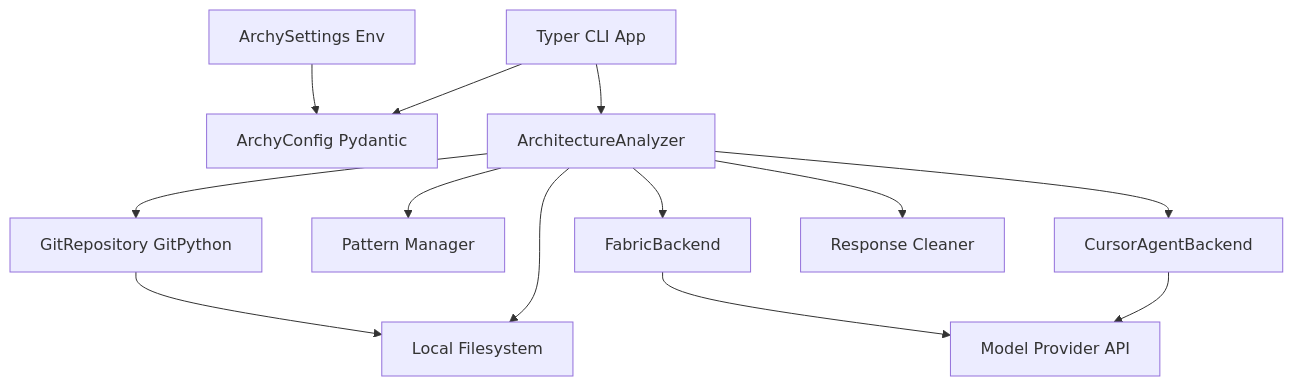
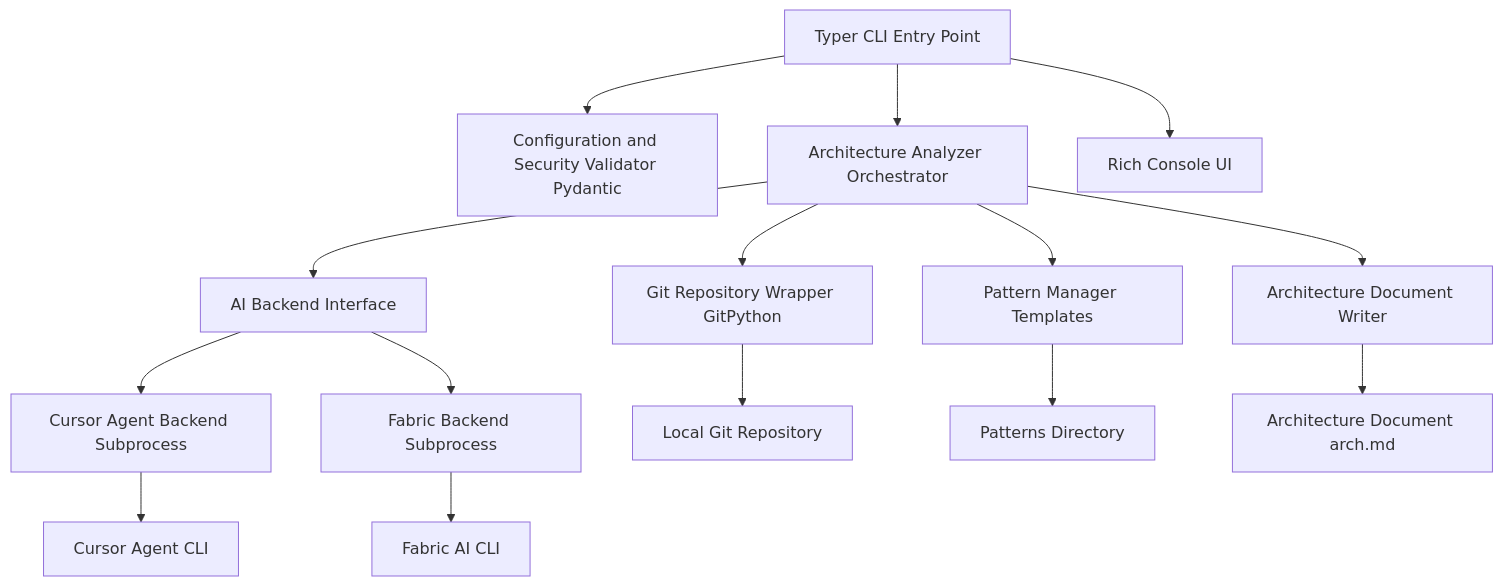
One commit to obzenner/archy changed the second of 3 diagrams in ARCHY.md. Above: the diagram before and after it, drawn with Mermaid. The commit also changed other lines of this file and 3 other files, not shown here.

````diff
--- a/ARCHY.md
+++ b/ARCHY.md
@@ -79,27 +85,36 @@
 ```mermaid
 flowchart TB
-    ArchyCLI[Typer CLI App]
-    ArchyConfig[ArchyConfig Pydantic]
-    ArchySettings[ArchySettings Env]
-    ArchitectureAnalyzer[ArchitectureAnalyzer]
-    GitRepository[GitRepository GitPython]
-    PatternManager[Pattern Manager]
-    CursorAgentBackend[CursorAgentBackend]
-    FabricBackend[FabricBackend]
-    CleanResponse[Response Cleaner]
-    FileSystem[Local Filesystem]
-    ModelProviderAPI[Model Provider API]
+    TyperApp[Typer CLI Entry Point]
+    ConfigValidator[Configuration and Security Validator Pydantic]
+    ArchitectureAnalyzer[Architecture Analyzer Orchestrator]
+    GitRepositoryModule[Git Repository Wrapper GitPython]
+    PatternManager[Pattern Manager Templates]
+    AIBackendsBase[AI Backend Interface]
+    CursorAgentBackend[Cursor Agent Backend Subprocess]
+    FabricBackend[Fabric Backend Subprocess]
+    DocumentWriter[Architecture Document Writer]
+    RichConsole[Rich Console UI]
+    LocalGitRepository[Local Git Repository]
+    CursorAgentCLI[Cursor Agent CLI]
+    FabricAI[Fabric AI CLI]
+    PatternsDirectory[Patterns Directory]
+    ArchitectureFile[Architecture Document arch.md]
 
-    ArchyCLI --> ArchyConfig
-    ArchySettings --> ArchyConfig
-    ArchyCLI --> ArchitectureAnalyzer
-    ArchitectureAnalyzer --> GitRepository
+    TyperApp --> ConfigValidator
+    TyperApp --> ArchitectureAnalyzer
+    TyperApp --> RichConsole
+
+    ArchitectureAnalyzer --> GitRepositoryModule
     ArchitectureAnalyzer --> PatternManager
-    ArchitectureAnalyzer --> CursorAgentBackend
-    ArchitectureAnalyzer --> FabricBackend
-    CursorAgentBackend --> ModelProviderAPI
-    FabricBackend --> ModelProviderAPI
-    ArchitectureAnalyzer --> CleanResponse
-    ArchitectureAnalyzer --> FileSystem
-    GitRepository --> FileSystem
+    ArchitectureAnalyzer --> AIBackendsBase
+    ArchitectureAnalyzer --> DocumentWriter
+
+    AIBackendsBase --> CursorAgentBackend
+    AIBackendsBase --> FabricBackend
+
+    GitRepositoryModule --> LocalGitRepository
+    PatternManager --> PatternsDirectory
+    CursorAgentBackend --> CursorAgentCLI
+    FabricBackend --> FabricAI
+    DocumentWriter --> ArchitectureFile
 ```
````
